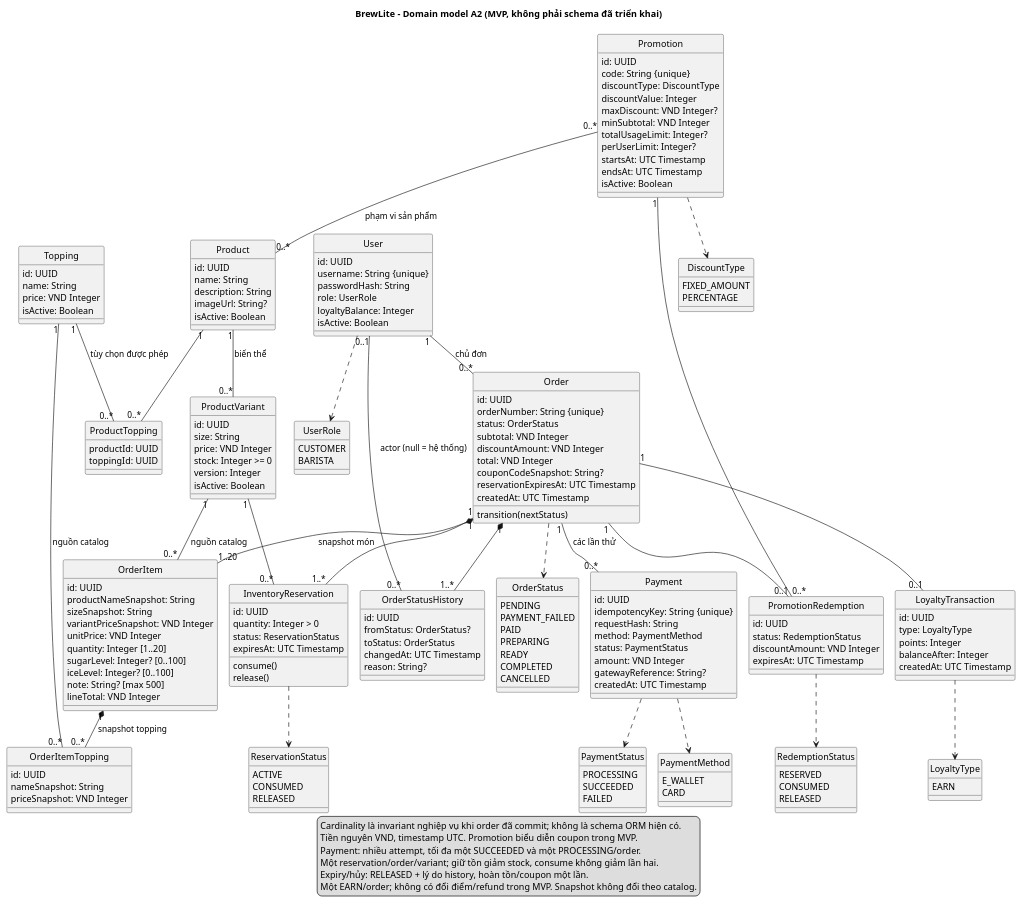
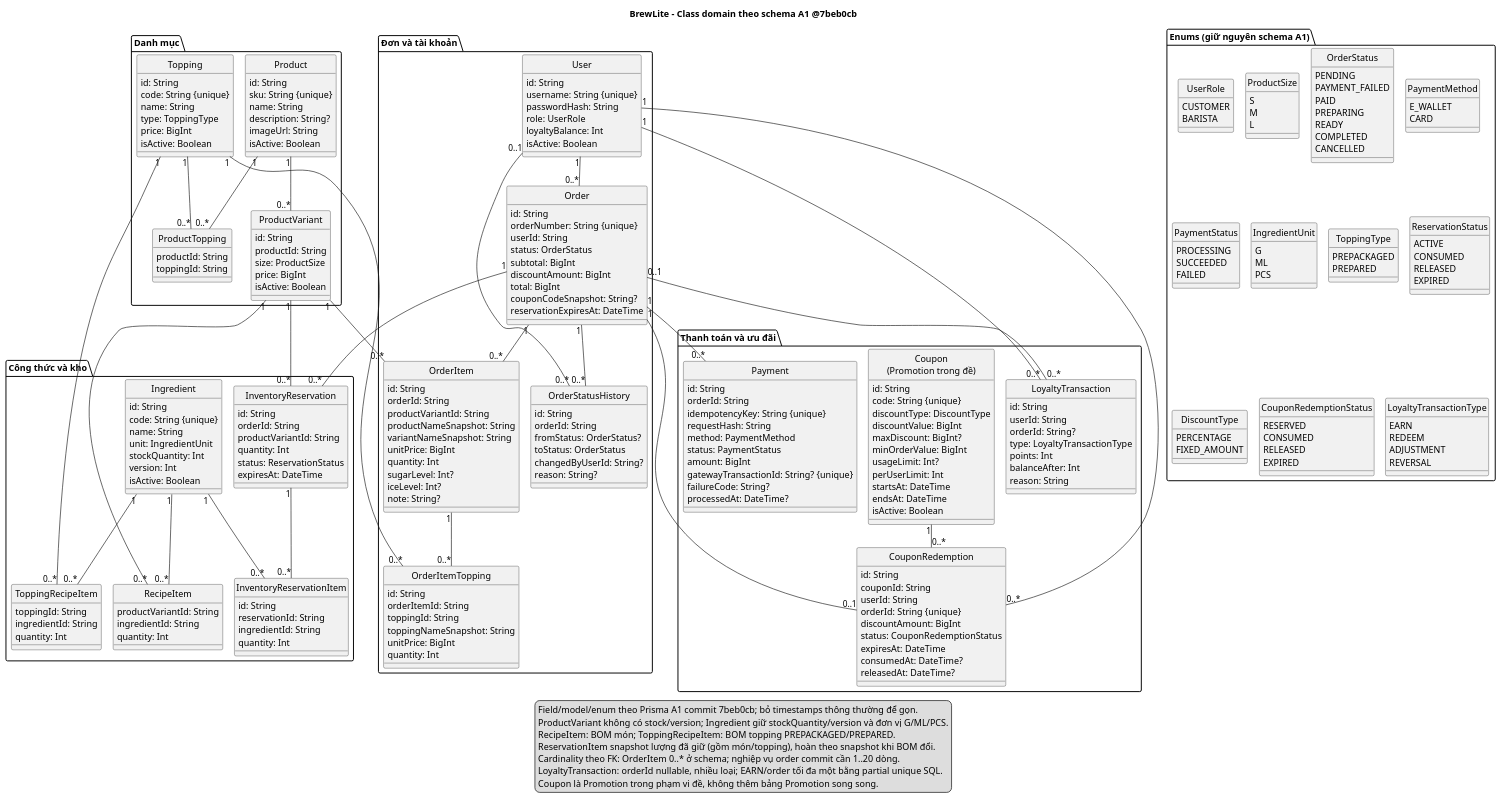
Before and after one commit to Fatcatmmb-sudo/BrewLite_A2: the diagram in docs/diagrams/class-domain.puml, drawn with PlantUML. The commit also changed 17 other files, not shown here.

```diff
--- a/docs/diagrams/class-domain.puml
+++ b/docs/diagrams/class-domain.puml
@@ -1,148 +1,205 @@
 @startuml
 !pragma layout smetana
-title BrewLite - Domain model A2 (MVP, không phải schema đã triển khai)
+title BrewLite - Class domain theo schema A1 @7beb0cb
 hide circle
 skinparam defaultFontName Arial
 skinparam classAttributeIconSize 0
 skinparam shadowing false
-skinparam nodesep 35
-skinparam ranksep 45
-
+skinparam nodesep 40
+skinparam ranksep 55
+package "Danh mục" {
+class Product {
+  id: String
+  sku: String {unique}
+  name: String
+  description: String?
+  imageUrl: String
+  isActive: Boolean
+}
+class ProductVariant {
+  id: String
+  productId: String
+  size: ProductSize
+  price: BigInt
+  isActive: Boolean
+}
+class Topping {
+  id: String
+  code: String {unique}
+  name: String
+  type: ToppingType
+  price: BigInt
+  isActive: Boolean
+}
+class ProductTopping {
+  productId: String
+  toppingId: String
+}
+}
+package "Công thức và kho" {
+class Ingredient {
+  id: String
+  code: String {unique}
+  name: String
+  unit: IngredientUnit
+  stockQuantity: Int
+  version: Int
+  isActive: Boolean
+}
+class RecipeItem {
+  productVariantId: String
+  ingredientId: String
+  quantity: Int
+}
+class ToppingRecipeItem {
+  toppingId: String
+  ingredientId: String
+  quantity: Int
+}
+class InventoryReservation {
+  id: String
+  orderId: String
+  productVariantId: String
+  quantity: Int
+  status: ReservationStatus
+  expiresAt: DateTime
+}
+class InventoryReservationItem {
+  id: String
+  reservationId: String
+  ingredientId: String
+  quantity: Int
+}
+}
+package "Đơn và tài khoản" {
 class User {
-  id: UUID
+  id: String
   username: String {unique}
   passwordHash: String
   role: UserRole
-  loyaltyBalance: Integer
+  loyaltyBalance: Int
   isActive: Boolean
 }
-class Product {
-  id: UUID
-  name: String
-  description: String
-  imageUrl: String?
-  isActive: Boolean
-}
-class ProductVariant {
-  id: UUID
-  size: String
-  price: VND Integer
-  stock: Integer >= 0
-  version: Integer
-  isActive: Boolean
-}
-class Topping {
-  id: UUID
-  name: String
-  price: VND Integer
-  isActive: Boolean
-}
-class ProductTopping {
-  productId: UUID
-  toppingId: UUID
-}
 class Order {
-  id: UUID
+  id: String
   orderNumber: String {unique}
+  userId: String
   status: OrderStatus
-  subtotal: VND Integer
-  discountAmount: VND Integer
-  total: VND Integer
+  subtotal: BigInt
+  discountAmount: BigInt
+  total: BigInt
   couponCodeSnapshot: String?
-  reservationExpiresAt: UTC Timestamp
-  createdAt: UTC Timestamp
-  transition(nextStatus)
+  reservationExpiresAt: DateTime
 }
 class OrderItem {
-  id: UUID
+  id: String
+  orderId: String
+  productVariantId: String
   productNameSnapshot: String
-  sizeSnapshot: String
-  variantPriceSnapshot: VND Integer
-  unitPrice: VND Integer
-  quantity: Integer [1..20]
-  sugarLevel: Integer? [0..100]
-  iceLevel: Integer? [0..100]
-  note: String? [max 500]
-  lineTotal: VND Integer
+  variantNameSnapshot: String
+  unitPrice: BigInt
+  quantity: Int
+  sugarLevel: Int?
+  iceLevel: Int?
+  note: String?
 }
 class OrderItemTopping {
-  id: UUID
-  nameSnapshot: String
-  priceSnapshot: VND Integer
-}
-class InventoryReservation {
-  id: UUID
-  quantity: Integer > 0
-  status: ReservationStatus
-  expiresAt: UTC Timestamp
-  consume()
-  release()
+  id: String
+  orderItemId: String
+  toppingId: String
+  toppingNameSnapshot: String
+  unitPrice: BigInt
+  quantity: Int
 }
 class OrderStatusHistory {
-  id: UUID
+  id: String
+  orderId: String
   fromStatus: OrderStatus?
   toStatus: OrderStatus
-  changedAt: UTC Timestamp
+  changedByUserId: String?
   reason: String?
 }
+}
+package "Thanh toán và ưu đãi" {
 class Payment {
-  id: UUID
+  id: String
+  orderId: String
   idempotencyKey: String {unique}
   requestHash: String
   method: PaymentMethod
   status: PaymentStatus
-  amount: VND Integer
-  gatewayReference: String?
-  createdAt: UTC Timestamp
+  amount: BigInt
+  gatewayTransactionId: String? {unique}
+  failureCode: String?
+  processedAt: DateTime?
 }
-class Promotion {
-  id: UUID
+class "Coupon\n(Promotion trong đề)" as Coupon {
+  id: String
   code: String {unique}
   discountType: DiscountType
-  discountValue: Integer
-  maxDiscount: VND Integer?
-  minSubtotal: VND Integer
-  totalUsageLimit: Integer?
-  perUserLimit: Integer?
-  startsAt: UTC Timestamp
-  endsAt: UTC Timestamp
+  discountValue: BigInt
+  maxDiscount: BigInt?
+  minOrderValue: BigInt
+  usageLimit: Int?
+  perUserLimit: Int
+  startsAt: DateTime
+  endsAt: DateTime
   isActive: Boolean
 }
-class PromotionRedemption {
-  id: UUID
-  status: RedemptionStatus
-  discountAmount: VND Integer
-  expiresAt: UTC Timestamp
+class CouponRedemption {
+  id: String
+  couponId: String
+  userId: String
+  orderId: String {unique}
+  discountAmount: BigInt
+  status: CouponRedemptionStatus
+  expiresAt: DateTime
+  consumedAt: DateTime?
+  releasedAt: DateTime?
 }
 class LoyaltyTransaction {
-  id: UUID
-  type: LoyaltyType
-  points: Integer
-  balanceAfter: Integer
-  createdAt: UTC Timestamp
+  id: String
+  userId: String
+  orderId: String?
+  type: LoyaltyTransactionType
+  points: Int
+  balanceAfter: Int
+  reason: String
 }
-
-User "1" -- "0..*" Order : chủ đơn
-Product "1" -- "0..*" ProductVariant : biến thể
+}
+Product "1" -- "0..*" ProductVariant
+ProductVariant "1" -- "0..*" RecipeItem
+Ingredient "1" -- "0..*" RecipeItem
+Topping "1" -- "0..*" ToppingRecipeItem
+Ingredient "1" -- "0..*" ToppingRecipeItem
 Product "1" -- "0..*" ProductTopping
-Topping "1" -- "0..*" ProductTopping : tùy chọn được phép
-Order "1" *-- "1..20" OrderItem : snapshot món
-ProductVariant "1" -- "0..*" OrderItem : nguồn catalog
-OrderItem "1" *-- "0..*" OrderItemTopping : snapshot topping
-Topping "1" -- "0..*" OrderItemTopping : nguồn catalog
-Order "1" -- "1..*" InventoryReservation
+Topping "1" -- "0..*" ProductTopping
+User "1" -- "0..*" Order
+Order "1" -- "0..*" OrderItem
+ProductVariant "1" -- "0..*" OrderItem
+OrderItem "1" -- "0..*" OrderItemTopping
+Topping "1" -- "0..*" OrderItemTopping
+Order "1" -- "0..*" Payment
+Order "1" -- "0..*" OrderStatusHistory
+User "0..1" -- "0..*" OrderStatusHistory
+Order "1" -- "0..*" InventoryReservation
 ProductVariant "1" -- "0..*" InventoryReservation
-Order "1" *-- "1..*" OrderStatusHistory
-User "0..1" -right- "0..*" OrderStatusHistory : actor (null = hệ thống)
-Order "1" -- "0..*" Payment : các lần thử
-Order "1" -- "0..1" PromotionRedemption
-Promotion "1" -- "0..*" PromotionRedemption
-Promotion "0..*" -- "0..*" Product : phạm vi sản phẩm
-Order "1" -- "0..1" LoyaltyTransaction
-
+InventoryReservation "1" -- "0..*" InventoryReservationItem
+Ingredient "1" -- "0..*" InventoryReservationItem
+Coupon "1" -- "0..*" CouponRedemption
+User "1" -- "0..*" CouponRedemption
+Order "1" -- "0..1" CouponRedemption
+User "1" -- "0..*" LoyaltyTransaction
+Order "0..1" -- "0..*" LoyaltyTransaction
+package "Enums (giữ nguyên schema A1)" {
 enum UserRole {
   CUSTOMER
   BARISTA
+}
+enum ProductSize {
+  S
+  M
+  L
 }
 enum OrderStatus {
   PENDING
@@ -153,47 +210,54 @@
   COMPLETED
   CANCELLED
 }
+enum PaymentMethod {
+  E_WALLET
+  CARD
+}
 enum PaymentStatus {
   PROCESSING
   SUCCEEDED
   FAILED
 }
-enum PaymentMethod {
-  E_WALLET
-  CARD
+enum IngredientUnit {
+  G
+  ML
+  PCS
+}
+enum ToppingType {
+  PREPACKAGED
+  PREPARED
 }
 enum ReservationStatus {
   ACTIVE
   CONSUMED
   RELEASED
+  EXPIRED
 }
-enum RedemptionStatus {
+enum DiscountType {
+  PERCENTAGE
+  FIXED_AMOUNT
+}
+enum CouponRedemptionStatus {
   RESERVED
   CONSUMED
   RELEASED
+  EXPIRED
 }
-enum DiscountType {
-  FIXED_AMOUNT
-  PERCENTAGE
+enum LoyaltyTransactionType {
+  EARN
+  REDEEM
+  ADJUSTMENT
+  REVERSAL
 }
-enum LoyaltyType {
-  EARN
 }
-User ..> UserRole
-Order ..> OrderStatus
-Payment ..> PaymentStatus
-Payment ..> PaymentMethod
-InventoryReservation ..> ReservationStatus
-PromotionRedemption ..> RedemptionStatus
-Promotion ..> DiscountType
-LoyaltyTransaction ..> LoyaltyType
-
 legend bottom
-  Cardinality là invariant nghiệp vụ khi order đã commit; không là schema ORM hiện có.
-  Tiền nguyên VND, timestamp UTC. Promotion biểu diễn coupon trong MVP.
-  Payment: nhiều attempt, tối đa một SUCCEEDED và một PROCESSING/order.
-  Một reservation/order/variant; giữ tồn giảm stock, consume không giảm lần hai.
-  Expiry/hủy: RELEASED + lý do history, hoàn tồn/coupon một lần.
-  Một EARN/order; không có đổi điểm/refund trong MVP. Snapshot không đổi theo catalog.
+  Field/model/enum theo Prisma A1 commit 7beb0cb; bỏ timestamps thông thường để gọn.
+  ProductVariant không có stock/version; Ingredient giữ stockQuantity/version và đơn vị G/ML/PCS.
+  RecipeItem: BOM món; ToppingRecipeItem: BOM topping PREPACKAGED/PREPARED.
+  ReservationItem snapshot lượng đã giữ (gồm món/topping), hoàn theo snapshot khi BOM đổi.
+  Cardinality theo FK: OrderItem 0..* ở schema; nghiệp vụ order commit cần 1..20 dòng.
+  LoyaltyTransaction: orderId nullable, nhiều loại; EARN/order tối đa một bằng partial unique SQL.
+  Coupon là Promotion trong phạm vi đề, không thêm bảng Promotion song song.
 endlegend
 @enduml
```
